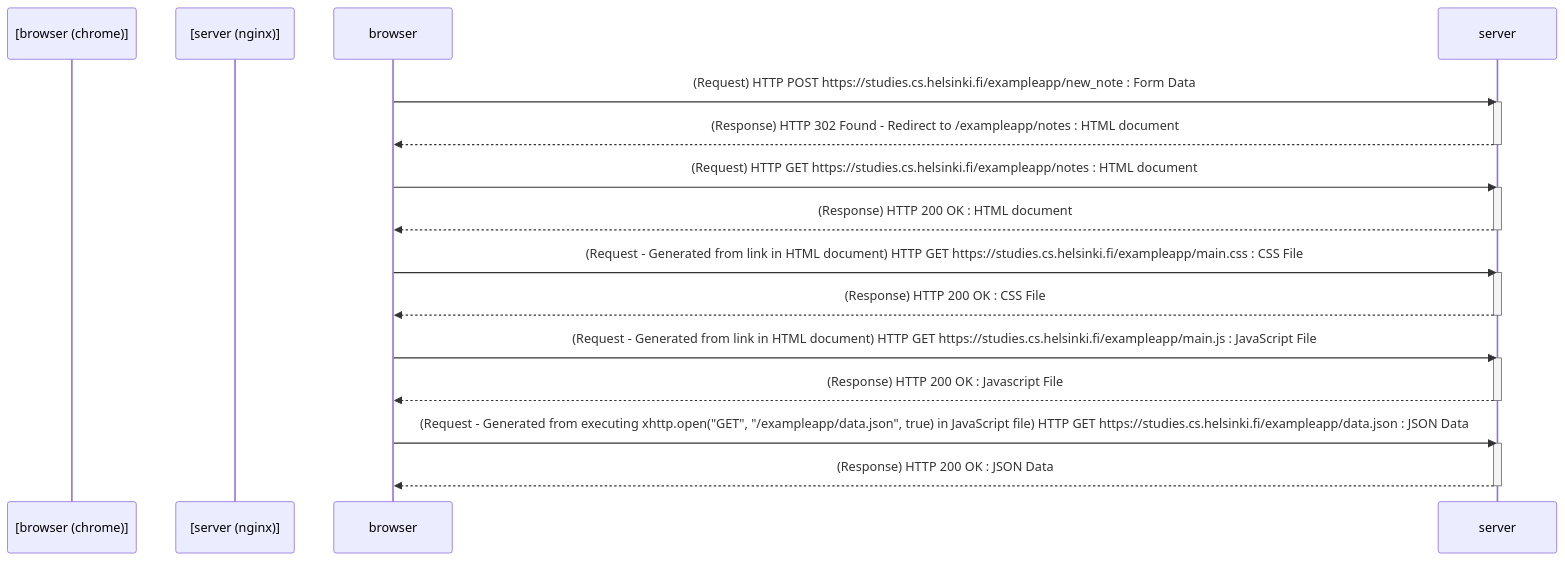
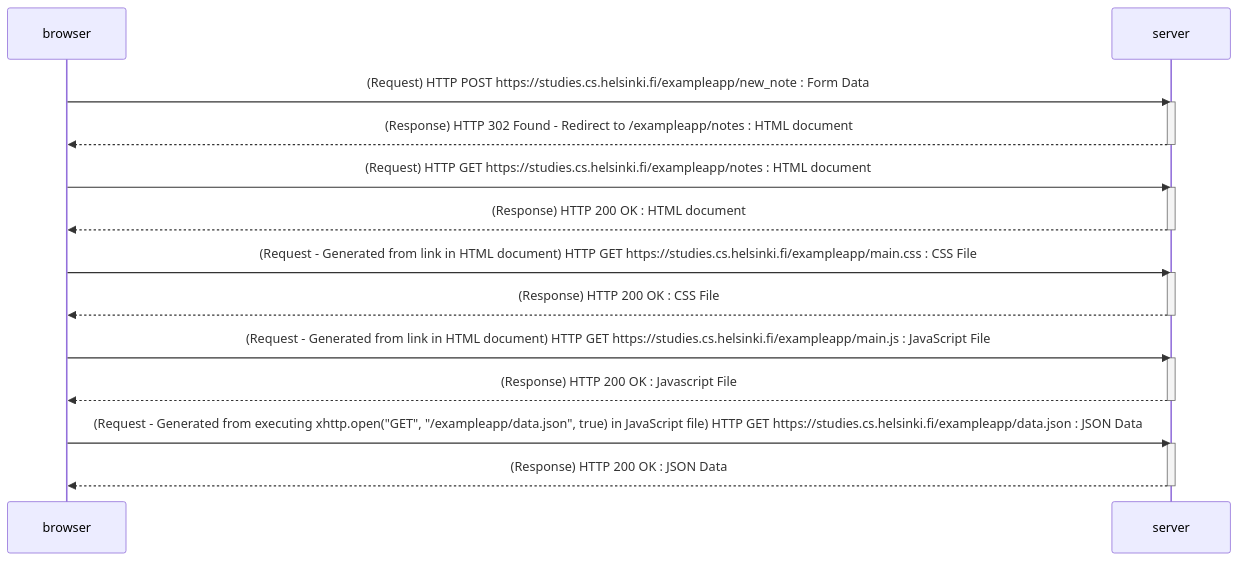
Before and after one commit to uchmod777/fso-part0: the diagram in 0.4-new-note-diagram.md, drawn with Mermaid.

````diff
--- a/0.4-new-note-diagram.md
+++ b/0.4-new-note-diagram.md
@@ -3,30 +3,30 @@
 ```mermaid
 sequenceDiagram
-    participant [browser (chrome)]
-    participant [server (nginx)]
+    participant browser
+    participant server
 
     browser->>server: (Request) HTTP POST https://studies.cs.helsinki.fi/exampleapp/new_note : Form Data
     activate server
     server-->>browser: (Response) HTTP 302 Found - Redirect to /exampleapp/notes : HTML document
     deactivate server
 
     browser->>server: (Request) HTTP GET https://studies.cs.helsinki.fi/exampleapp/notes : HTML document
     activate server
     server-->>browser: (Response) HTTP 200 OK : HTML document
     deactivate server
 
     browser->>server: (Request - Generated from link in HTML document) HTTP GET https://studies.cs.helsinki.fi/exampleapp/main.css : CSS File
     activate server
     server-->>browser: (Response) HTTP 200 OK : CSS File
     deactivate server
 
     browser->>server: (Request - Generated from link in HTML document) HTTP GET https://studies.cs.helsinki.fi/exampleapp/main.js : JavaScript File
     activate server
     server-->>browser: (Response) HTTP 200 OK : Javascript File
     deactivate server
 
     browser->>server: (Request - Generated from executing xhttp.open("GET", "/exampleapp/data.json", true) in JavaScript file) HTTP GET https://studies.cs.helsinki.fi/exampleapp/data.json : JSON Data
     activate server
     server-->>browser: (Response) HTTP 200 OK : JSON Data
     deactivate server
 ```
````
